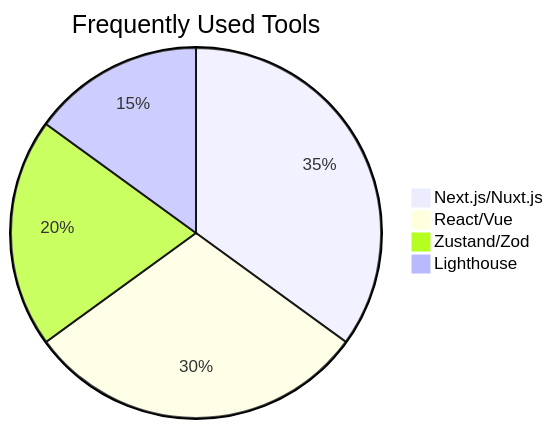
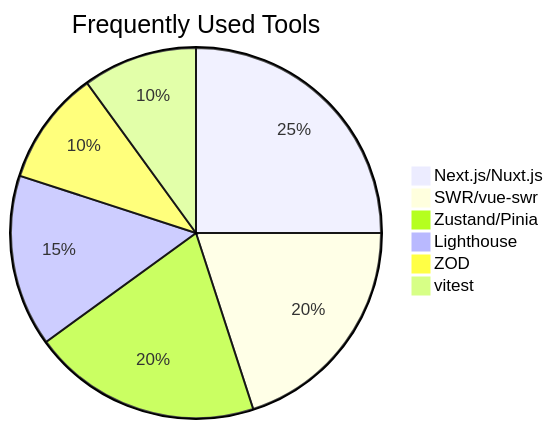
The first of 2 diagrams in README.md (saqibroy/saqibroy), drawn with Mermaid before and after one commit. The commit also changed other lines of this file, not shown here.

````diff
--- a/README.md
+++ b/README.md
@@ -39,8 +27,10 @@
 ```mermaid
 pie
     title Frequently Used Tools
-    "Next.js/Nuxt.js" : 35
-    "React/Vue" : 30
-    "Zustand/Zod" : 20
+    "Next.js/Nuxt.js" : 25
+    "SWR/vue-swr": 20
+    "Zustand/Pinia" : 20
     "Lighthouse" : 15
+    "ZOD" : 10
+    "vitest" : 10
 ```
````
